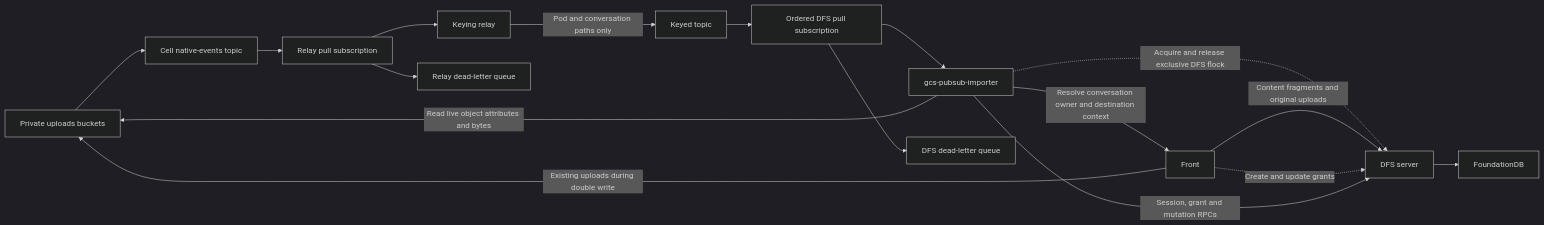
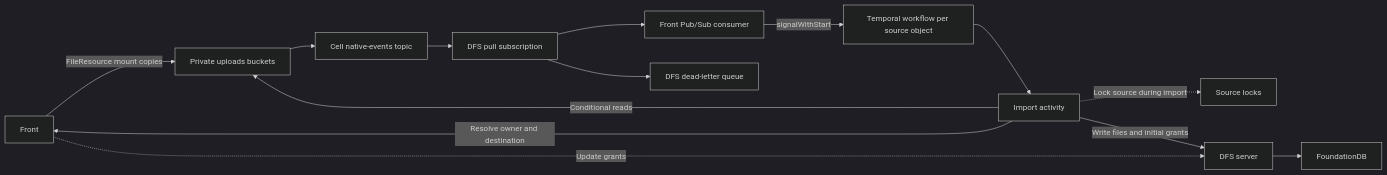
Before and after one commit to Wesype/dust.tt: the diagram in dfs/design-docs/DOUBLE_WRITE.md, drawn with Mermaid (dark theme). The commit also changed other lines of this file and 1 other file, not shown here.

First line of the commit message:
Simplify GCS replication into DFS (#35392)

````diff
--- a/dfs/design-docs/DOUBLE_WRITE.md
+++ b/dfs/design-docs/DOUBLE_WRITE.md
@@ -9,19 +43,16 @@
 ```mermaid
 flowchart LR
-  G[Private uploads buckets] --> N[Cell native-events topic]
-  N --> S[Relay pull subscription]
-  S --> R[Keying relay]
-  R -->|Pod and conversation paths only| K[Keyed topic]
-  K --> D[Ordered DFS pull subscription]
-  D --> W[gcs-pubsub-importer]
-  W -->|Read live object attributes and bytes| G
-  W -.->|Acquire and release exclusive DFS flock| DFS[DFS server]
-  Front -->|Existing uploads during double write| G
-  Front -->|Content fragments and original uploads| DFS
-  Front -.->|Create and update grants| DFS
-  W -->|Resolve conversation owner and destination context| Front
-  W -->|Session, grant and mutation RPCs| DFS
+  Front -->|FileResource mount copies| G[Private uploads buckets]
+  G --> N[Cell native-events topic]
+  N --> D[DFS pull subscription]
+  D --> I[Front Pub/Sub consumer]
+  I -->|signalWithStart| T[Temporal workflow per source object]
+  T --> W[Import activity]
+  W -->|Conditional reads| G
+  W -.->|Lock source during import| L[Source locks]
+  W -->|Resolve owner and destination| Front
+  W -->|Write files and initial grants| DFS[DFS server]
+  Front -.->|Update grants| DFS
   DFS --> FDB[FoundationDB]
-  S --> Q1[Relay dead-letter queue]
-  D --> Q2[DFS dead-letter queue]
+  D --> Q[DFS dead-letter queue]
 ```
````
